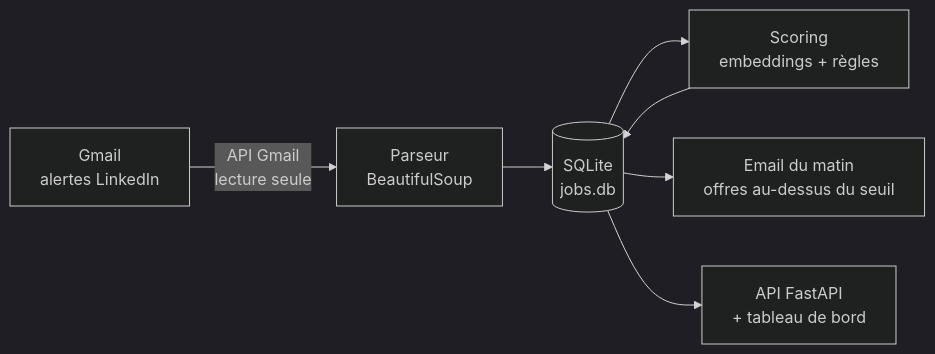
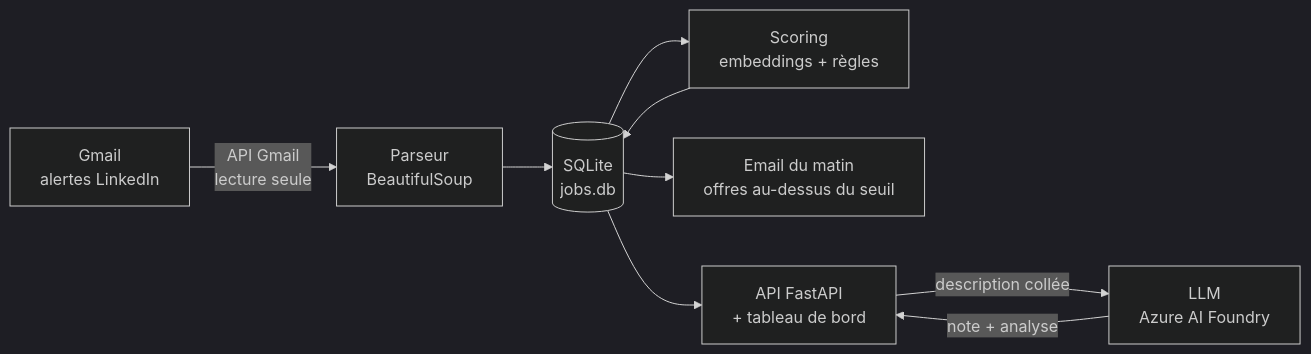
The first of 2 diagrams in README.md (Mustafalou/Job-Radar), drawn with Mermaid (dark theme) before and after one commit. The commit also changed other lines of this file, not shown here.

Commit message:
README : analyse LLM, déploiement continu

````diff
--- a/README.md
+++ b/README.md
@@ -17,9 +18,11 @@
 ```mermaid
 flowchart LR
     A[Gmail<br/>alertes LinkedIn] -->|API Gmail<br/>lecture seule| B[Parseur<br/>BeautifulSoup]
     B --> C[(SQLite<br/>jobs.db)]
     C --> D[Scoring<br/>embeddings + règles]
     D --> C
     C --> E[Email du matin<br/>offres au-dessus du seuil]
     C --> F[API FastAPI<br/>+ tableau de bord]
+    F -->|description collée| L[LLM<br/>Azure AI Foundry]
+    L -->|note + analyse| F
 ```
````
